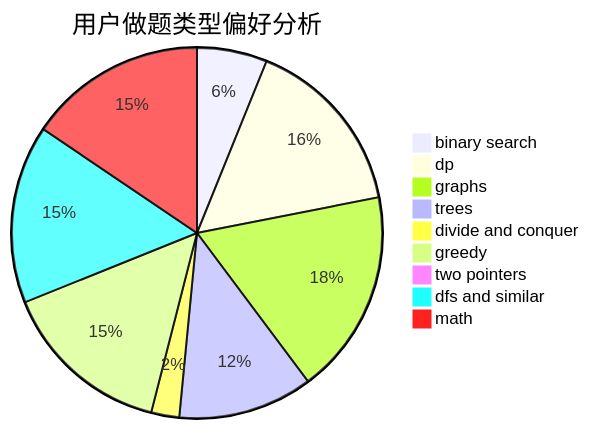
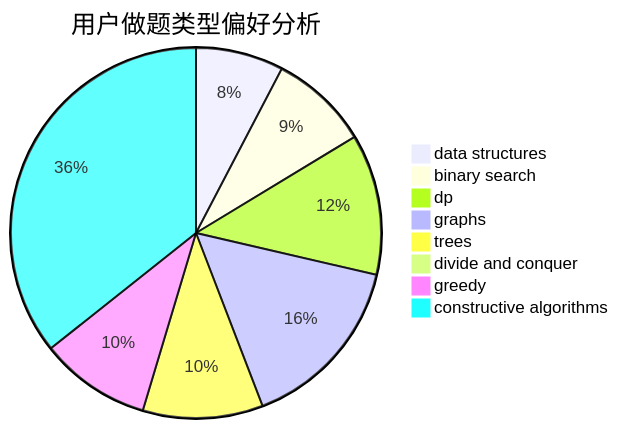
One commit to sherpahu/cfrs.github.io changed the second of 3 diagrams in docs/user/u651.md. Above: the diagram before and after it, drawn with Mermaid. The commit also changed other lines of this file and 2775 other files, not shown here.

````diff
--- a/docs/user/u651.md
+++ b/docs/user/u651.md
@@ -23,12 +23,11 @@
 ```mermaid
 pie title 用户做题类型偏好分析
-    "binary search" :  50
-    "dp" :  129
-    "graphs" :  146
-    "trees" :  96
-    "divide and conquer" :  20
-    "greedy" :  122
-    "two pointers" :  6
-    "dfs and similar" :  127
-    "math" :  127
+    "data structures" :  38
+    "binary search" :  43
+    "dp" :  61
+    "graphs" :  77
+    "trees" :  52
+    "divide and conquer" :  0
+    "greedy" :  48
+    "constructive algorithms" :  177
 ```
````
